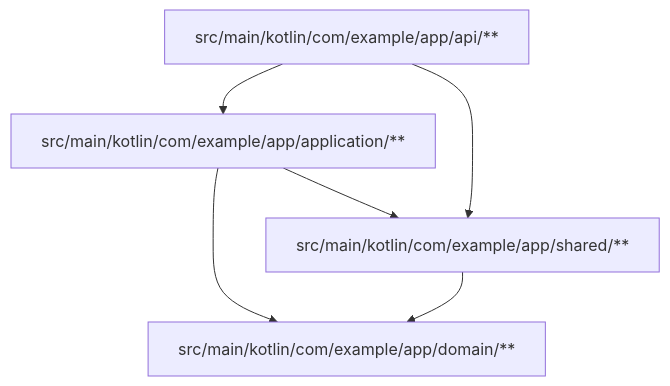
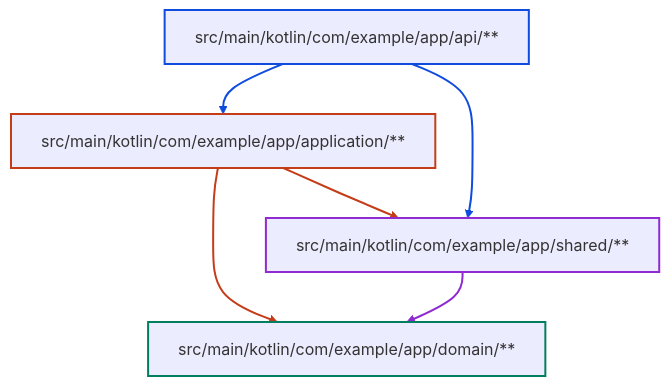
The diagram in examples/kotlin/BAFT.md (dariushalipour/baft), drawn with Mermaid before and after one commit. The commit also changed other lines of this file and 21 other files, not shown here.

````diff
--- a/examples/kotlin/BAFT.md
+++ b/examples/kotlin/BAFT.md
@@ -8,12 +6,23 @@
 ```mermaid
 flowchart TD
   api["src/main/kotlin/com/example/app/api/&ast;&ast;"]
   application["src/main/kotlin/com/example/app/application/&ast;&ast;"]
   domain["src/main/kotlin/com/example/app/domain/&ast;&ast;"]
   shared["src/main/kotlin/com/example/app/shared/&ast;&ast;"]
+
   api --> application
   api --> shared
   application --> domain
   application --> shared
   shared --> domain
+
+  style api stroke:#0f4cde,stroke-width:2px
+  style application stroke:#c43d18,stroke-width:2px
+  style domain stroke:#007e5f,stroke-width:2px
+  style shared stroke:#8f2bd1,stroke-width:2px
+  linkStyle 0 stroke:#0f4cde,stroke-width:2px
+  linkStyle 1 stroke:#0f4cde,stroke-width:2px
+  linkStyle 2 stroke:#c43d18,stroke-width:2px
+  linkStyle 3 stroke:#c43d18,stroke-width:2px
+  linkStyle 4 stroke:#8f2bd1,stroke-width:2px
 ```
````
